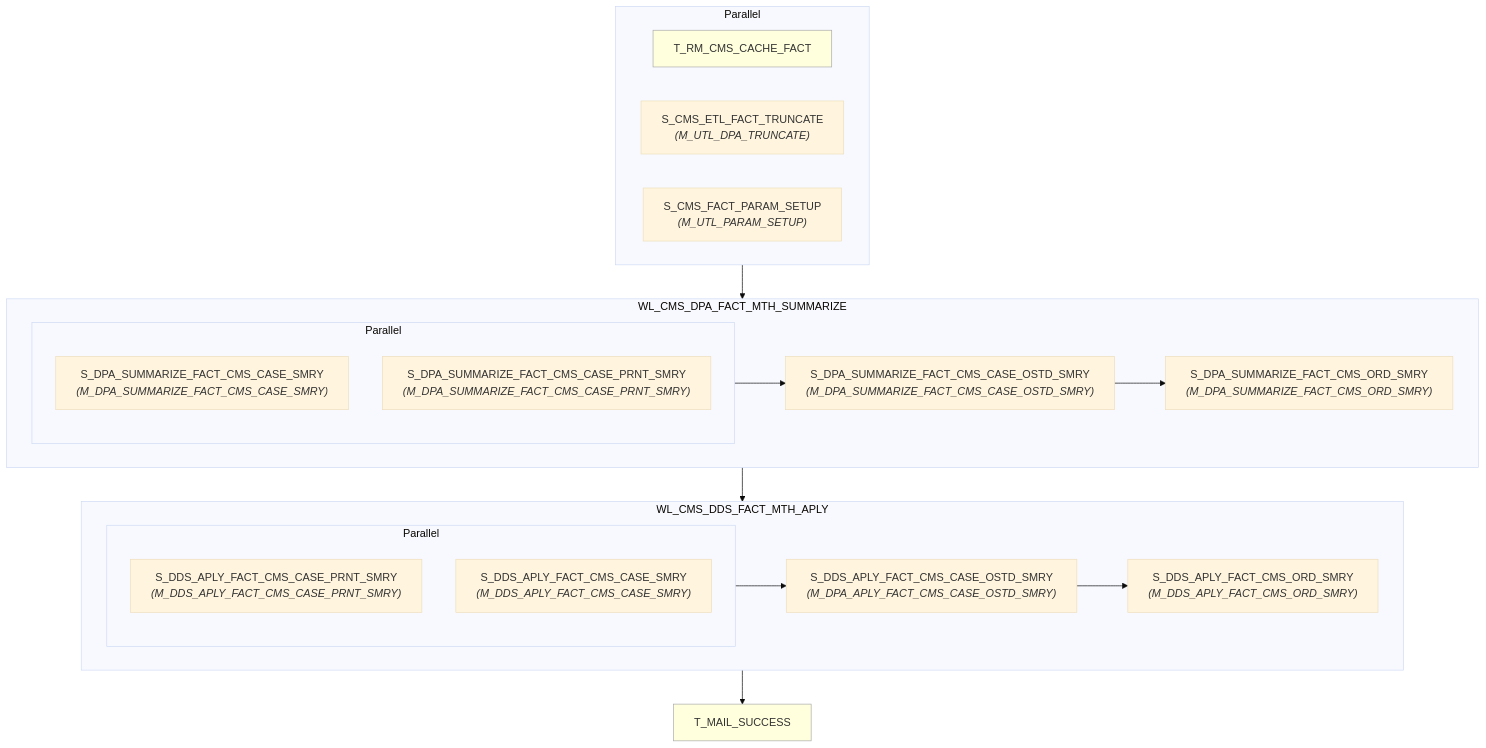
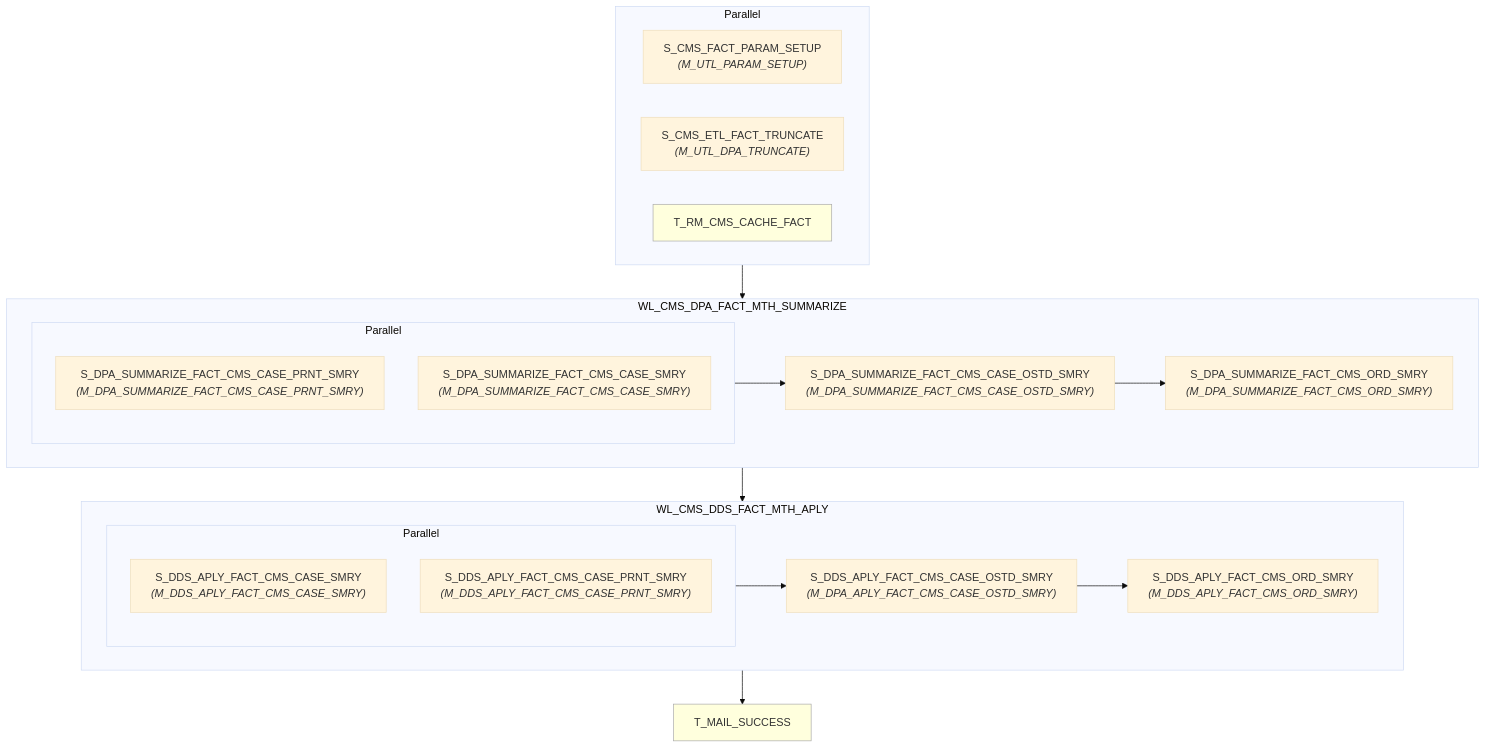
Before and after one commit to asl-adamxu/informatica-sparker-poc: the diagram in informatica/PySpark_workflows/dds/WF_CMS_DDS_APLY_MTH/wf_cms_dds_aply_mth.md, drawn with Mermaid (base theme). The commit also changed 1200 other files, not shown here.

````diff
--- a/informatica/PySpark_workflows/dds/WF_CMS_DDS_APLY_MTH/wf_cms_dds_aply_mth.md
+++ b/informatica/PySpark_workflows/dds/WF_CMS_DDS_APLY_MTH/wf_cms_dds_aply_mth.md
@@ -7,41 +7,41 @@
 ```mermaid
 flowchart TD
-    n1["T_RM_CMS_CACHE_FACT"]
-    style n1 fill:#ffd,stroke:#aaa,stroke-width:1px
+    n1["S_CMS_FACT_PARAM_SETUP<br/><i>(M_UTL_PARAM_SETUP)</i>"]
     n2["S_CMS_ETL_FACT_TRUNCATE<br/><i>(M_UTL_DPA_TRUNCATE)</i>"]
-    n3["S_CMS_FACT_PARAM_SETUP<br/><i>(M_UTL_PARAM_SETUP)</i>"]
+    n3["T_RM_CMS_CACHE_FACT"]
+    style n3 fill:#ffd,stroke:#aaa,stroke-width:1px
     subgraph pg4[Parallel]
         n1
         n2
         n3
     end
     subgraph wkl5["WL_CMS_DPA_FACT_MTH_SUMMARIZE"]
-    n6["S_DPA_SUMMARIZE_FACT_CMS_CASE_SMRY<br/><i>(M_DPA_SUMMARIZE_FACT_CMS_CASE_SMRY)</i>"]
-    n7["S_DPA_SUMMARIZE_FACT_CMS_CASE_PRNT_SMRY<br/><i>(M_DPA_SUMMARIZE_FACT_CMS_CASE_PRNT_SMRY)</i>"]
+    n6["S_DPA_SUMMARIZE_FACT_CMS_CASE_PRNT_SMRY<br/><i>(M_DPA_SUMMARIZE_FACT_CMS_CASE_PRNT_SMRY)</i>"]
+    n7["S_DPA_SUMMARIZE_FACT_CMS_CASE_SMRY<br/><i>(M_DPA_SUMMARIZE_FACT_CMS_CASE_SMRY)</i>"]
     subgraph pg8[Parallel]
         n6
         n7
     end
     n9["S_DPA_SUMMARIZE_FACT_CMS_CASE_OSTD_SMRY<br/><i>(M_DPA_SUMMARIZE_FACT_CMS_CASE_OSTD_SMRY)</i>"]
     n10["S_DPA_SUMMARIZE_FACT_CMS_ORD_SMRY<br/><i>(M_DPA_SUMMARIZE_FACT_CMS_ORD_SMRY)</i>"]
         pg8 --> n9
         n9 --> n10
     end
     subgraph wkl11["WL_CMS_DDS_FACT_MTH_APLY"]
-    n12["S_DDS_APLY_FACT_CMS_CASE_PRNT_SMRY<br/><i>(M_DDS_APLY_FACT_CMS_CASE_PRNT_SMRY)</i>"]
-    n13["S_DDS_APLY_FACT_CMS_CASE_SMRY<br/><i>(M_DDS_APLY_FACT_CMS_CASE_SMRY)</i>"]
+    n12["S_DDS_APLY_FACT_CMS_CASE_SMRY<br/><i>(M_DDS_APLY_FACT_CMS_CASE_SMRY)</i>"]
+    n13["S_DDS_APLY_FACT_CMS_CASE_PRNT_SMRY<br/><i>(M_DDS_APLY_FACT_CMS_CASE_PRNT_SMRY)</i>"]
     subgraph pg14[Parallel]
         n12
         n13
     end
     n15["S_DDS_APLY_FACT_CMS_CASE_OSTD_SMRY<br/><i>(M_DPA_APLY_FACT_CMS_CASE_OSTD_SMRY)</i>"]
     n16["S_DDS_APLY_FACT_CMS_ORD_SMRY<br/><i>(M_DDS_APLY_FACT_CMS_ORD_SMRY)</i>"]
         pg14 --> n15
         n15 --> n16
     end
     n17["T_MAIL_SUCCESS"]
     style n17 fill:#ffd,stroke:#aaa,stroke-width:1px
     pg4 --> wkl5
     wkl5 --> wkl11
     wkl11 --> n17
 ```
````
